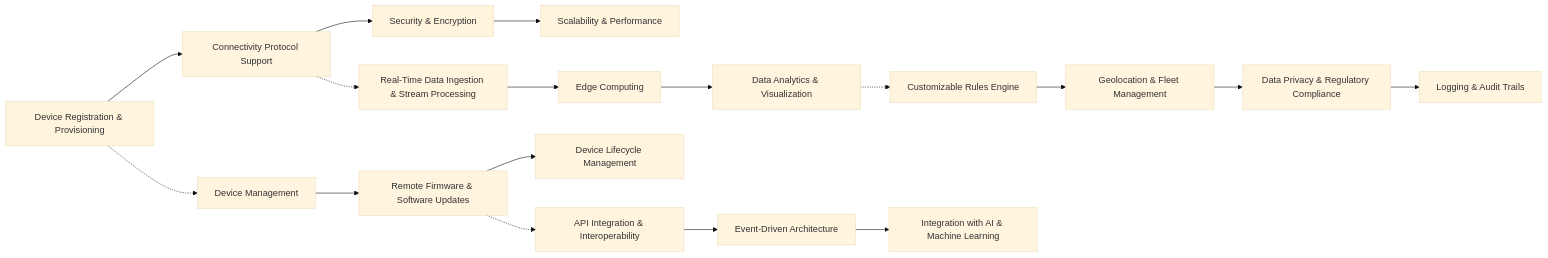
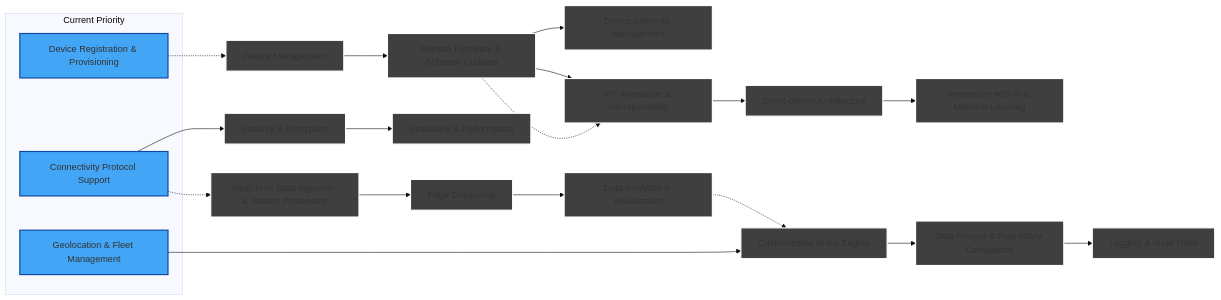
One commit to OpenTier/STAIRS changed the diagram in doc/roadmap.md. Above: the diagram before and after it, drawn with Mermaid (base theme). The commit also changed other lines of this file and 3 other files, not shown here.

````diff
--- a/doc/roadmap.md
+++ b/doc/roadmap.md
@@ -33,42 +7,45 @@
 ```mermaid
 graph LR
-    %% Core Infrastructure
-    A1[Device Registration & Provisioning]
-    A2[Connectivity Protocol Support]
-    A3[Security & Encryption]
-    A4[Scalability & Performance]
+    %% Current Priority
+    subgraph Current Priority
+        A1[Device Registration & Provisioning]
+        A2[Connectivity Protocol Support]
+        E2[Geolocation & Fleet Management]
+    end
 
-    %% Device Operations
-    B1[Device Management]
-    B2[Remote Firmware & Software Updates]
-    B3[Device Lifecycle Management]
+    %% Core Infrastructure Planned: Security and Scalability follow Connectivity
+    A2 --> A3[Security & Encryption]
+    A3 --> A4[Scalability & Performance]
 
-    %% Data Processing
-    C1[Real-Time Data Ingestion & Stream Processing]
-    C2[Edge Computing]
-    C3[Data Analytics & Visualization]
+    %% Device Operations Planned
+    B1[Device Management] --> B2[Remote Firmware & Software Updates]
+    B2 --> B3[Device Lifecycle Management]
 
-    %% Integration & Architecture
-    D1[API Integration & Interoperability]
-    D2[Event-Driven Architecture]
-    D3[Integration with AI & Machine Learning]
+    %% Data Processing Planned
+    C1[Real-Time Data Ingestion & Stream Processing] --> C2[Edge Computing]
+    C2 --> C3[Data Analytics & Visualization]
 
-    %% Business Logic & Compliance
-    E1[Customizable Rules Engine]
-    E2[Geolocation & Fleet Management]
-    E3[Data Privacy & Regulatory Compliance]
-    E4[Logging & Audit Trails]
+    %% Integration & Architecture Planned: Initiated after remote updates
+    B2 --> D1[API Integration & Interoperability]
+    D1 --> D2[Event-Driven Architecture]
+    D2 --> D3[Integration with AI & Machine Learning]
 
-    %% Define relationships/order
-    A1 --> A2 --> A3 --> A4
-    B1 --> B2 --> B3
-    C1 --> C2 --> C3
-    D1 --> D2 --> D3
-    E1 --> E2 --> E3 --> E4
+    %% Business Logic & Compliance Planned: From analytics and geolocation to rules, privacy, and audit trails
+    E2 --> E1[Customizable Rules Engine]
+    E1 --> E3[Data Privacy & Regulatory Compliance]
+    E3 --> E4[Logging & Audit Trails]
 
-    %% Cross-category dependencies
+    %% Cross-category Dependencies
     A1 -.-> B1
     A2 -.-> C1
     B2 -.-> D1
     C3 -.-> E1
+
+    %% Apply classes for statuses
+    class A1,A2,E2 inprogress;
+    class A3,A4,B1,B2,B3,C1,C2,C3,D1,D2,D3,E1,E3,E4 notstarted;
+
+    %% Define styles for each status
+    classDef inprogress fill:#42a5f5,stroke:#0d47a1,stroke-width:2px;
+    classDef notstarted fill:#3f3f3f,stroke:#fefefe,stroke-width:2px;
 ```
````
